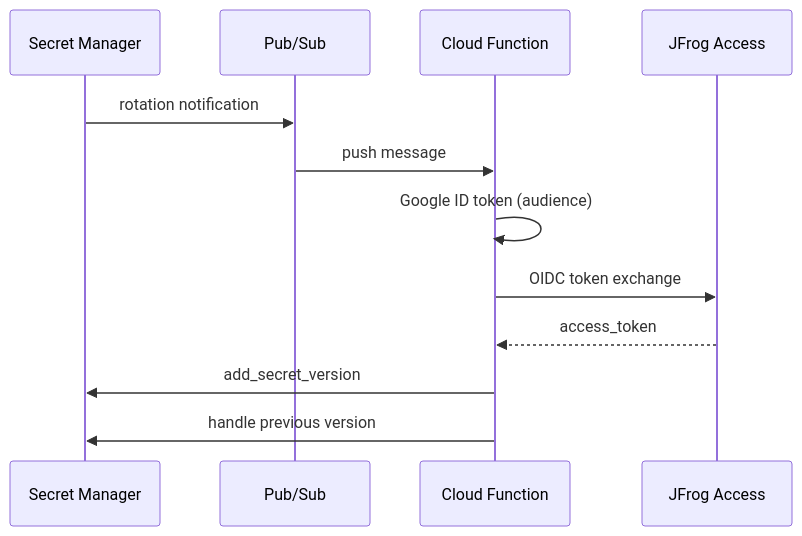
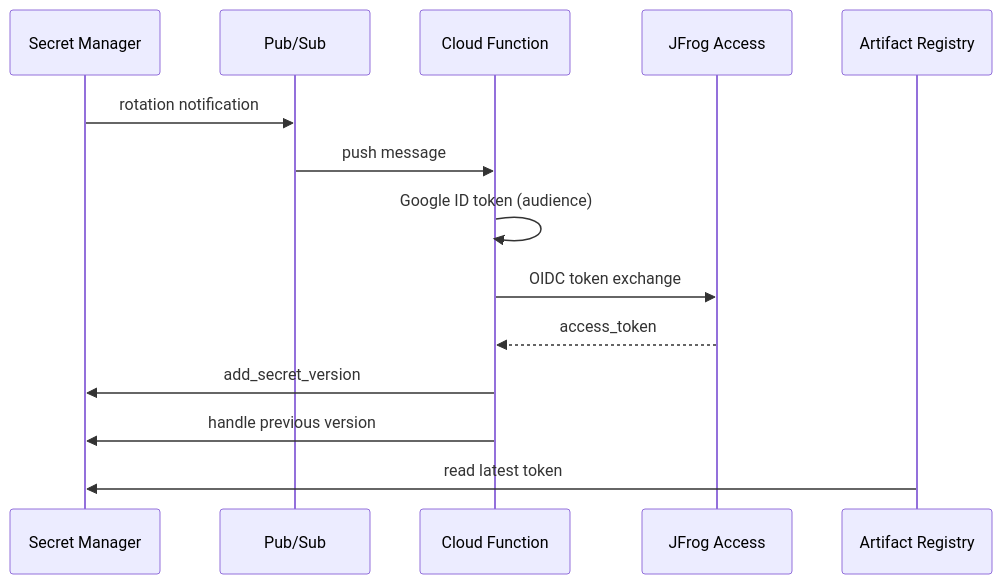
The diagram in README.md (jfrog/jfrog-secret-rotator-gcp), drawn with Mermaid before and after one commit. The commit also changed other lines of this file and 12 other files, not shown here.

````diff
--- a/README.md
+++ b/README.md
@@ -23,15 +27,17 @@
 ```mermaid
 sequenceDiagram
   participant SM as Secret Manager
   participant PS as Pub/Sub
   participant CF as Cloud Function
   participant JF as JFrog Access
+  participant GAR as Artifact Registry
 
   SM->>PS: rotation notification
   PS->>CF: push message
   CF->>CF: Google ID token (audience)
   CF->>JF: OIDC token exchange
   JF-->>CF: access_token
   CF->>SM: add_secret_version
   CF->>SM: handle previous version
+  GAR->>SM: read latest token
 ```
````
